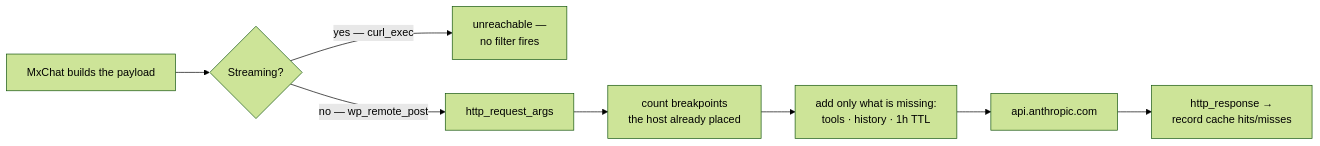
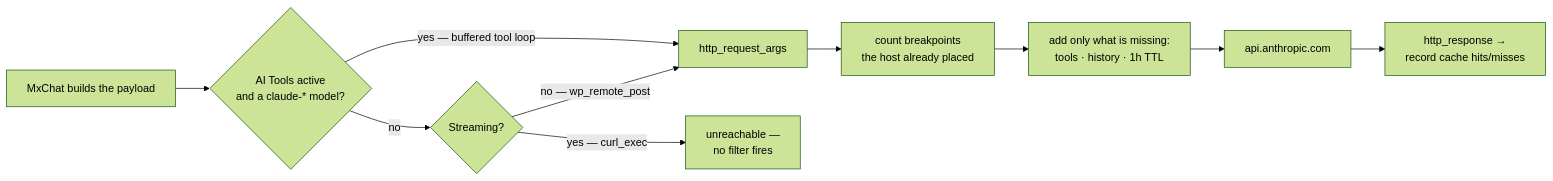
Before and after one commit to PaulArgoud/MxChat-Plus: the third of 3 diagrams in ARCHITECTURE.md, drawn with Mermaid (forest theme). The commit also changed other lines of this file and 101 other files, not shown here.

````diff
--- a/ARCHITECTURE.md
+++ b/ARCHITECTURE.md
@@ -144,10 +338,12 @@
 ```mermaid
 flowchart LR
-    A["MxChat builds the payload"] --> B{Streaming?}
+    A["MxChat builds the payload"] --> T{"AI Tools active<br/>and a claude-* model?"}
+    T -- "yes — buffered tool loop" --> D["http_request_args"]
+    T -- no --> B{Streaming?}
     B -- "yes — curl_exec" --> C["unreachable —<br/>no filter fires"]
-    B -- "no — wp_remote_post" --> D["http_request_args"]
+    B -- "no — wp_remote_post" --> D
     D --> E["count breakpoints<br/>the host already placed"]
     E --> F["add only what is missing:<br/>tools · history · 1h TTL"]
     F --> G["api.anthropic.com"]
     G --> H["http_response →<br/>record cache hits/misses"]
 ```
````
